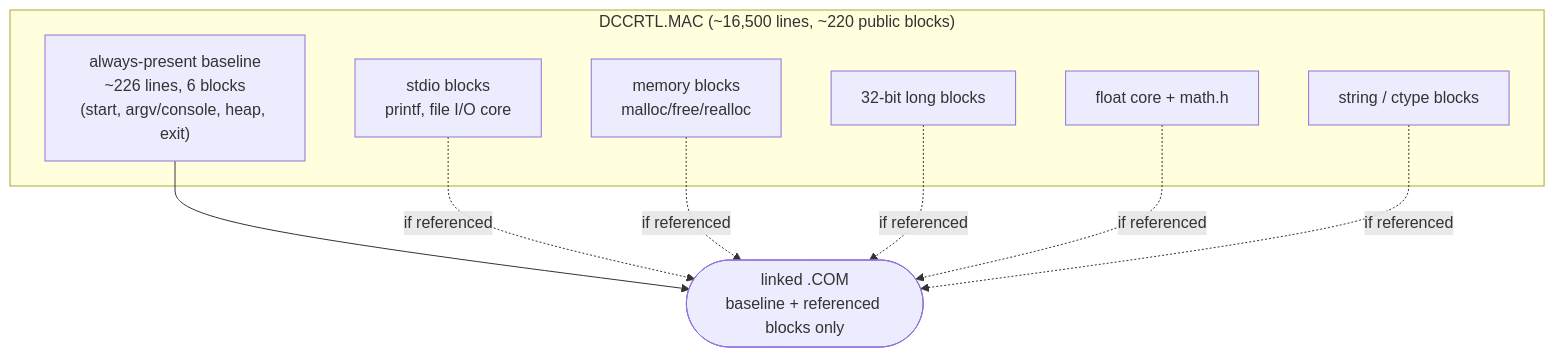
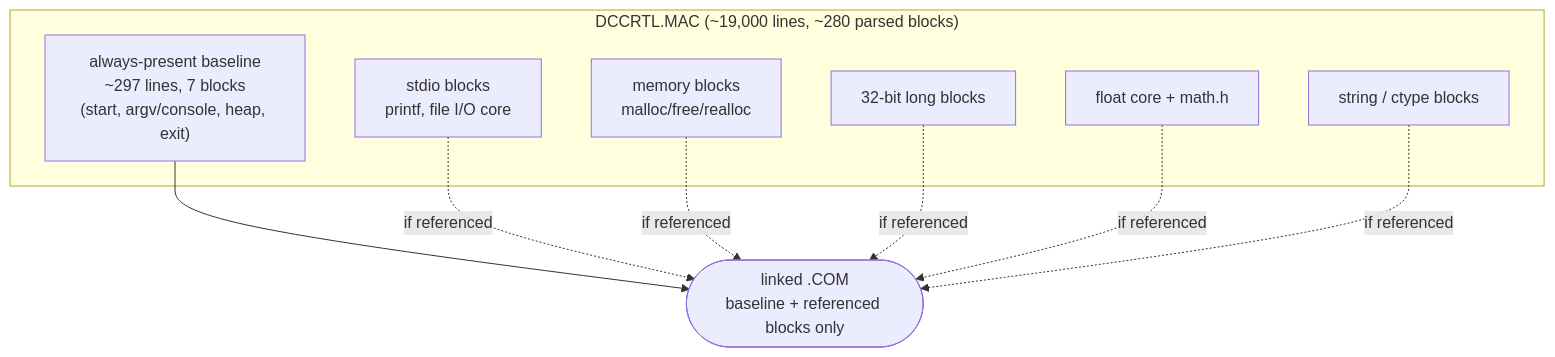
Before and after one commit to davidly/dcc: the fifth of 5 diagrams in docs/docs/en/appendix/00-architecture.md, drawn with Mermaid. The commit also changed other lines of this file and 1 other file, not shown here.

Commit message:
Update architecture and runtime optimization documentation to reflect changes in DCCRTL.MAC size and structure

````diff
--- a/docs/docs/en/appendix/00-architecture.md
+++ b/docs/docs/en/appendix/00-architecture.md
@@ -268,17 +267,17 @@
 ```mermaid
 flowchart TB
-    subgraph RT["DCCRTL.MAC (~16,500 lines, ~220 public blocks)"]
-        BASE["always-present baseline<br/>~226 lines, 6 blocks<br/>(start, argv/console, heap, exit)"]
+    subgraph RT["DCCRTL.MAC (~19,000 lines, ~280 parsed blocks)"]
+      BASE["always-present baseline<br/>~297 lines, 7 blocks<br/>(start, argv/console, heap, exit)"]
         IO["stdio blocks<br/>printf, file I/O core"]
         MEM["memory blocks<br/>malloc/free/realloc"]
         LONG["32-bit long blocks"]
         FLT["float core + math.h"]
         STR["string / ctype blocks"]
     end
     BASE --> APP(["linked .COM<br/>baseline + referenced blocks only"])
     IO -. if referenced .-> APP
     MEM -. if referenced .-> APP
     LONG -. if referenced .-> APP
     FLT -. if referenced .-> APP
     STR -. if referenced .-> APP
 ```
````
